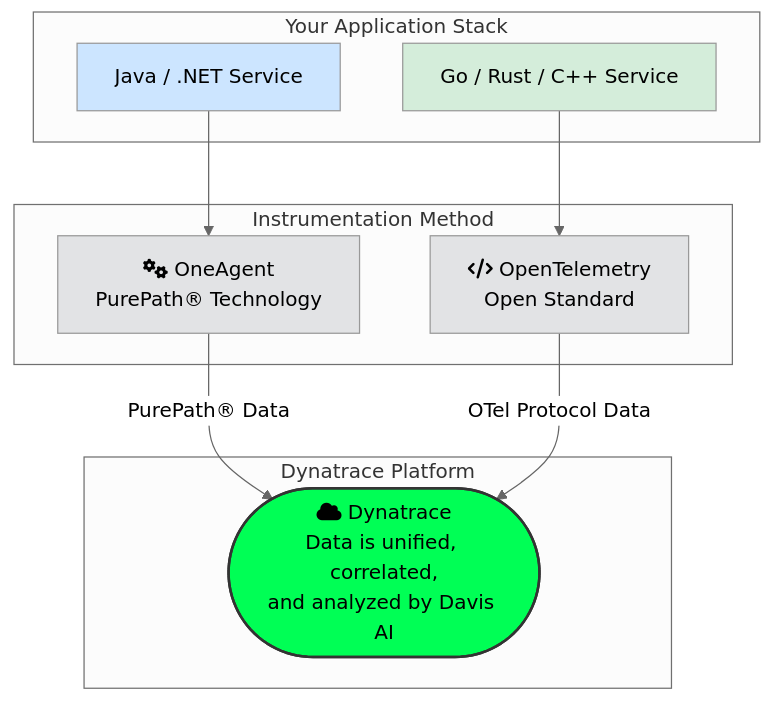
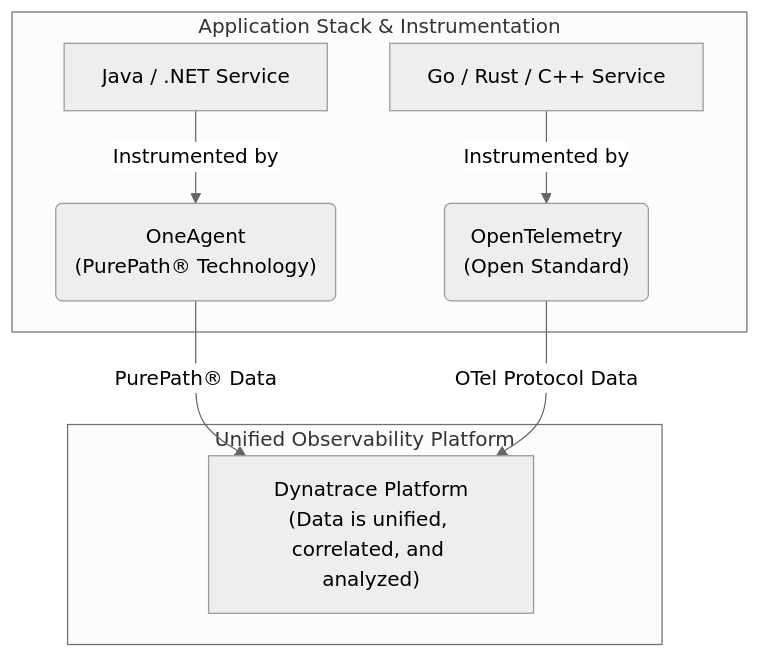
One commit to Kamal-nayan123/Dynatrace-course changed the diagram in Phase 6_ Expert-Level Mastery/1_Custom_Monitoring.md. Above: the diagram before and after it, drawn with Mermaid (neutral theme). The commit also changed 10 other files, not shown here.

````diff
--- a/Phase 6_ Expert-Level Mastery/1_Custom_Monitoring.md
+++ b/Phase 6_ Expert-Level Mastery/1_Custom_Monitoring.md
@@ -45,28 +45,14 @@
     ```mermaid
     graph TD
-        subgraph "Your Application Stack"
-            Svc1[Java / .NET Service]
-            Svc2[Go / Rust / C++ Service]
+        subgraph "Application Stack & Instrumentation"
+            Svc1["Java / .NET Service"] -- Instrumented by --> Inst1("OneAgent<br>(PurePath® Technology)")
+            Svc2["Go / Rust / C++ Service"] -- Instrumented by --> Inst2("OpenTelemetry<br>(Open Standard)")
         end
 
-        subgraph "Instrumentation Method"
-            Inst1[fa:fa-cogs OneAgent<br>PurePath® Technology]
-            Inst2[fa:fa-code OpenTelemetry<br>Open Standard]
+        subgraph "Unified Observability Platform"
+            DT["Dynatrace Platform<br>(Data is unified, correlated, and analyzed)"]
         end
-
-        subgraph "Dynatrace Platform"
-            DT([fa:fa-cloud Dynatrace<br>Data is unified, correlated,<br>and analyzed by Davis AI])
-        end
-
-        Svc1 --> Inst1
-        Svc2 --> Inst2
 
         Inst1 -- "PurePath® Data" --> DT
         Inst2 -- "OTel Protocol Data" --> DT
-
-        style Svc1 fill:#cce5ff
-        style Svc2 fill:#d4edda
-        style Inst1 fill:#e2e3e5
-        style Inst2 fill:#e2e3e5
-        style DT fill:#0f5,stroke:#333,stroke-width:2px
     ```
````
